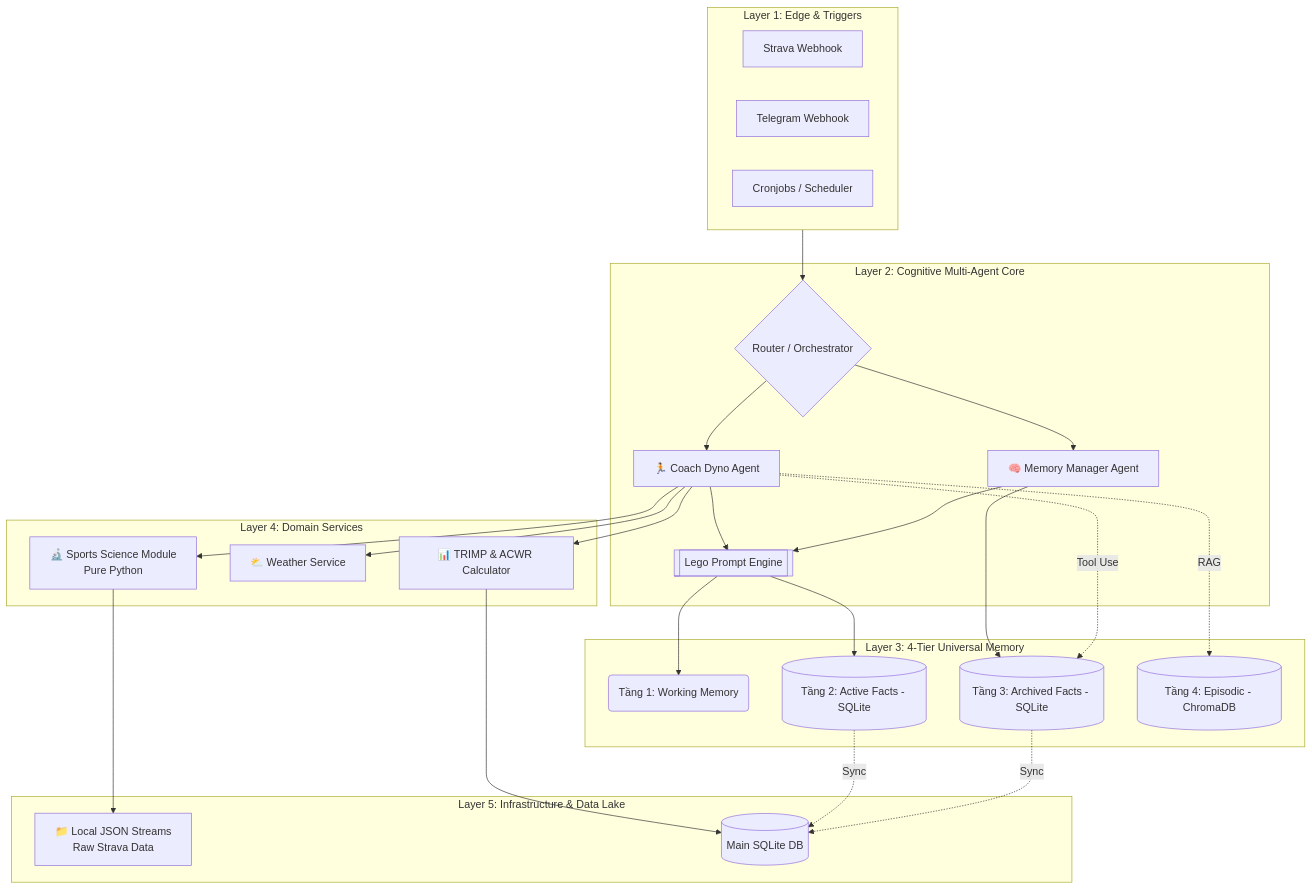
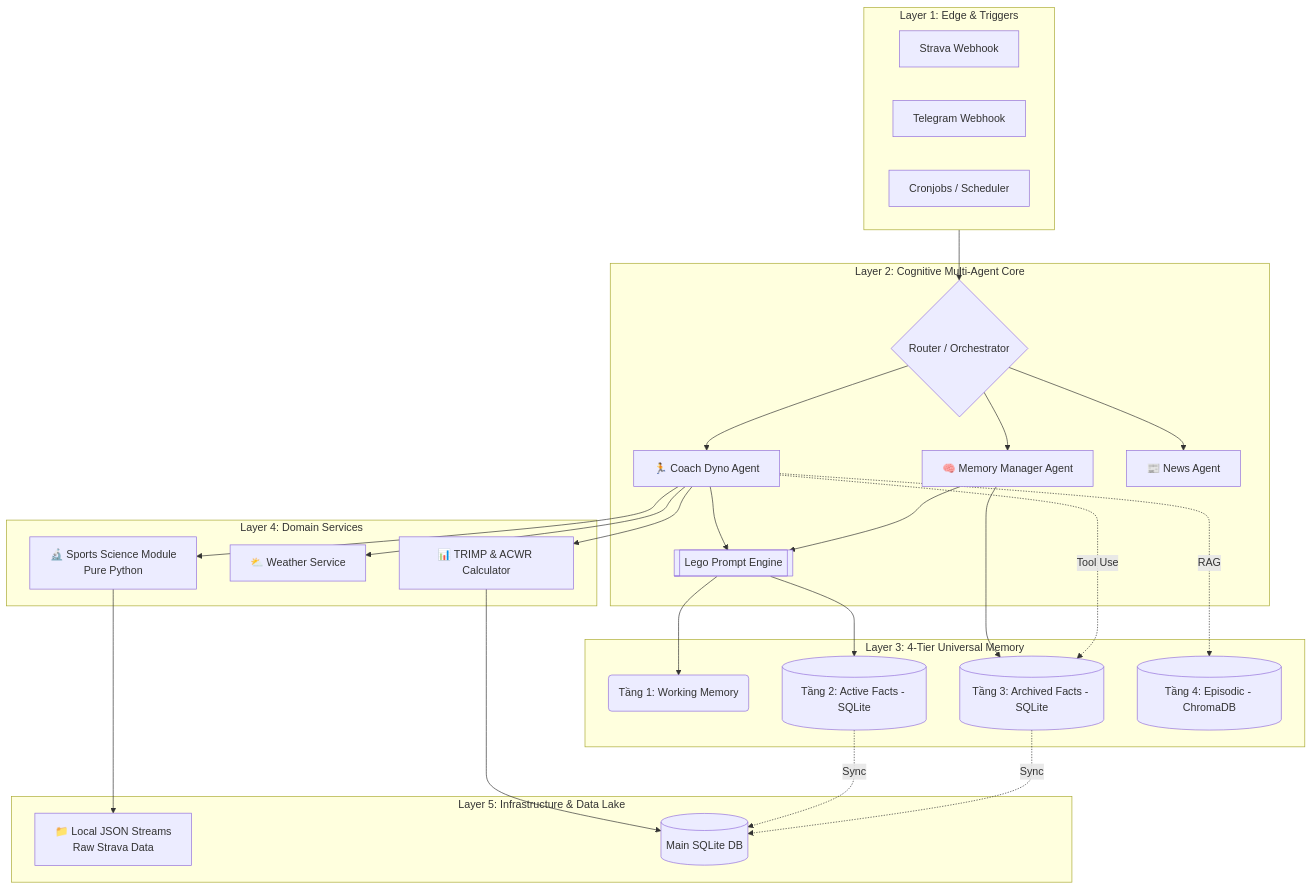
Before and after one commit to batinh/Personal_AI_OS: the diagram in docs/architecture.md, drawn with Mermaid. The commit also changed 2 other files, not shown here.

Commit message:
docs: update README and architecture docs for news agent

````diff
--- a/docs/architecture.md
+++ b/docs/architecture.md
@@ -8,63 +8,64 @@
 ```mermaid
 flowchart TB
     %% --- TẦNG 1: GIAO TIẾP NGOẠI VI & KÍCH HOẠT ---
     subgraph Layer1 [Layer 1: Edge & Triggers]
         direction LR
         StravaWH[Strava Webhook]
         TeleWH[Telegram Webhook]
         Cron[Cronjobs / Scheduler]
     end
 
     %% --- TẦNG 2: LÕI NHẬN THỨC ĐA TÁC TỬ ---
     subgraph Layer2 [Layer 2: Cognitive Multi-Agent Core]
         Router{Router / Orchestrator}
         CoachAgent[🏃 Coach Dyno Agent]
         MemoryAgent[🧠 Memory Manager Agent]
         PromptEngine[[Lego Prompt Engine]]
         
         Router --> CoachAgent
         Router --> MemoryAgent
+        Router --> NewsAgent[📰 News Agent]
         CoachAgent --> PromptEngine
         MemoryAgent --> PromptEngine
     end
 
     %% --- TẦNG 3: HỆ THỐNG BỘ NHỚ 4 TẦNG ---
     subgraph Layer3 [Layer 3: 4-Tier Universal Memory]
         WM(Tầng 1: Working Memory)
         ActiveDB[(Tầng 2: Active Facts - SQLite)]
         ArchiveDB[(Tầng 3: Archived Facts - SQLite)]
         VectorDB[(Tầng 4: Episodic - ChromaDB)]
     end
 
     %% --- TẦNG 4: DỊCH VỤ CHUYÊN BIỆT ---
     subgraph Layer4 [Layer 4: Domain Services]
         SportSci[🔬 Sports Science Module\nPure Python]
         WeatherApi[⛅ Weather Service]
         LoadCalc[📊 TRIMP & ACWR Calculator]
     end
 
     %% --- LIÊN KẾT GIỮA CÁC TẦNG ---
     Layer1 --> Router
     
     PromptEngine --> WM
     PromptEngine --> ActiveDB
     MemoryAgent --> ArchiveDB
     CoachAgent -. Tool Use .-> ArchiveDB
     CoachAgent -. RAG .-> VectorDB
     
     CoachAgent --> SportSci
     CoachAgent --> WeatherApi
     CoachAgent --> LoadCalc
     
     %% --- TẦNG 5: HẠ TẦNG LƯU TRỮ ---
     subgraph Layer5 [Layer 5: Infrastructure & Data Lake]
         JSONLake[📁 Local JSON Streams\nRaw Strava Data]
         MainSQL[(Main SQLite DB)]
     end
     
     SportSci --> JSONLake
     LoadCalc --> MainSQL
     ActiveDB -. Sync .-> MainSQL
     ArchiveDB -. Sync .-> MainSQL
 
 ```
````
